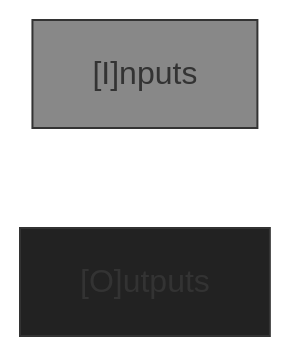
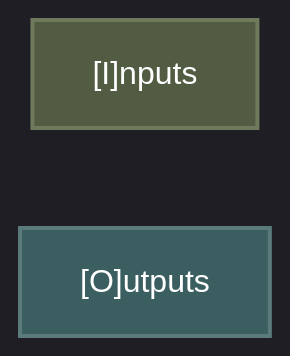
One commit to Shapedsundew9/erasmus-gp changed the seventh of 7 diagrams in docs/components/core/genetic_code/graph.md. Above: the diagram before and after it, drawn with Mermaid. The commit also changed other lines of this file and 21 other files, not shown here.

First line of the commit message:
Enhance Mermaid Diagrams and Color Consistency Across Documentation

````diff
--- a/docs/components/core/genetic_code/graph.md
+++ b/docs/components/core/genetic_code/graph.md
@@ -445,12 +409,11 @@
 ```mermaid
-%% Empty GC
+%%{init: { 'theme': 'dark', 'themeVariables': { 'lineColor': '#6c7a89', 'textColor': '#edf2f4', 'mainBkg': '#2b2d42', 'primaryBorderColor': '#4a4e69' }}}%%
 flowchart LR
-    I["[I]nputs"]
-    O["[O]utputs"]
-    
-classDef Icd fill:#888888,stroke:#333,stroke-width:1px
-classDef Ocd fill:#222222,stroke:#333,stroke-width:1px
+    %% Base/Default (Dark Slate)
+    classDef default fill:#2b2d42,stroke:#4a4e69,stroke-width:2px,color:#edf2f4
+    classDef dataTeal fill:#3b5e60,stroke:#5b7a7c,stroke-width:2px,color:#ffffff
+    classDef dataOlive fill:#525c42,stroke:#6f7a5d,stroke-width:2px,color:#ffffff
 
-class I Icd
-class O Ocd
+    I["[I]nputs"]:::dataOlive
+    O["[O]utputs"]:::dataTeal
 ```
````
